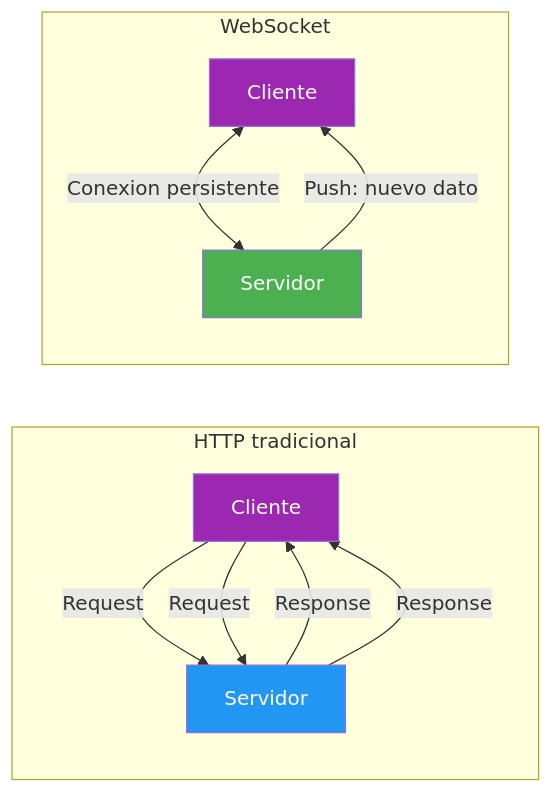
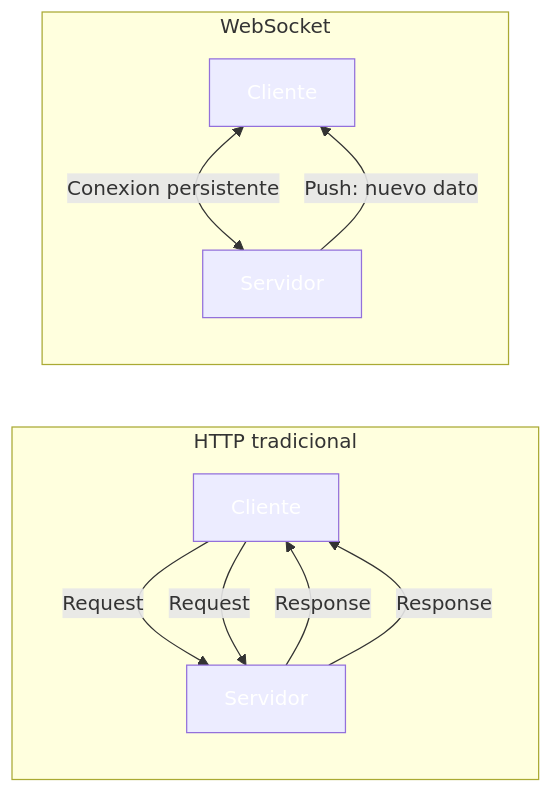
One commit to joseluisgs/DesarrolloWebEntornosServidor-02-2026-2027 changed the first of 4 diagrams in 18-websockets-signalr.md. Above: the diagram before and after it, drawn with Mermaid. The commit also changed other lines of this file and 41 other files, not shown here.

````diff
--- a/18-websockets-signalr.md
+++ b/18-websockets-signalr.md
@@ -85,19 +85,19 @@
 ```mermaid
 flowchart LR
     subgraph "HTTP tradicional"
         A1["Cliente"] -->|Request| A2["Servidor"]
         A2 -->|Response| A1
         A1 -->|Request| A2
         A2 -->|Response| A1
     end
 
     subgraph "WebSocket"
         B1["Cliente"] <-->|Conexion persistente| B2["Servidor"]
         B2 -->|Push: nuevo dato| B1
     end
 
-    style A1 fill:#9C27B0,color:#fff
-    style A2 fill:#2196F3,color:#fff
-    style B1 fill:#9C27B0,color:#fff
-    style B2 fill:#4CAF50,color:#fff
+    style A1 fill:#9C27B,color:#fff0,color:#fff
+    style A2 fill:#2196F,color:#fff3,color:#fff
+    style B1 fill:#9C27B,color:#fff0,color:#fff
+    style B2 fill:#4CAF5,color:#fff0,color:#fff
 ```
````
